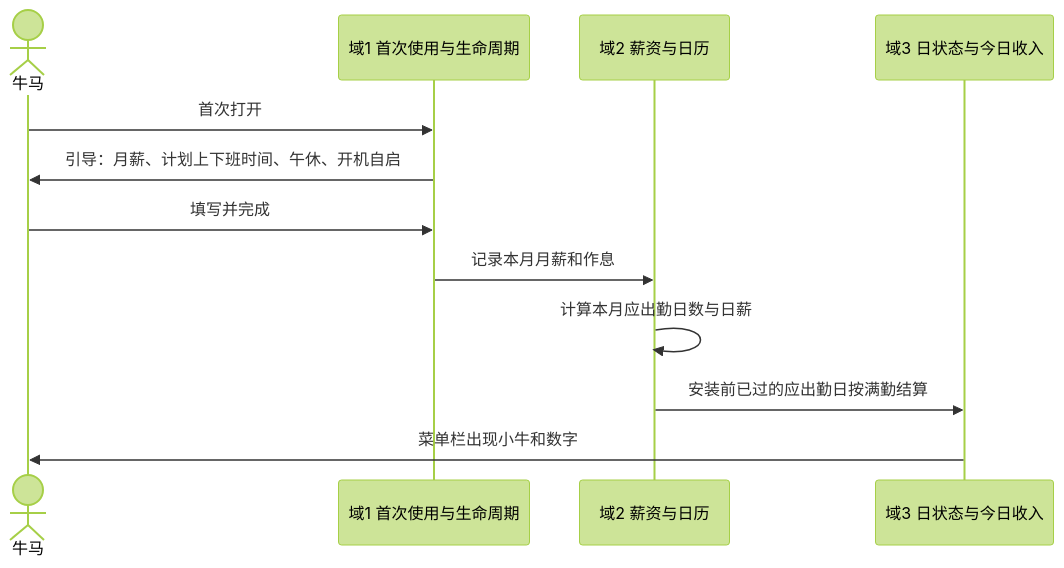
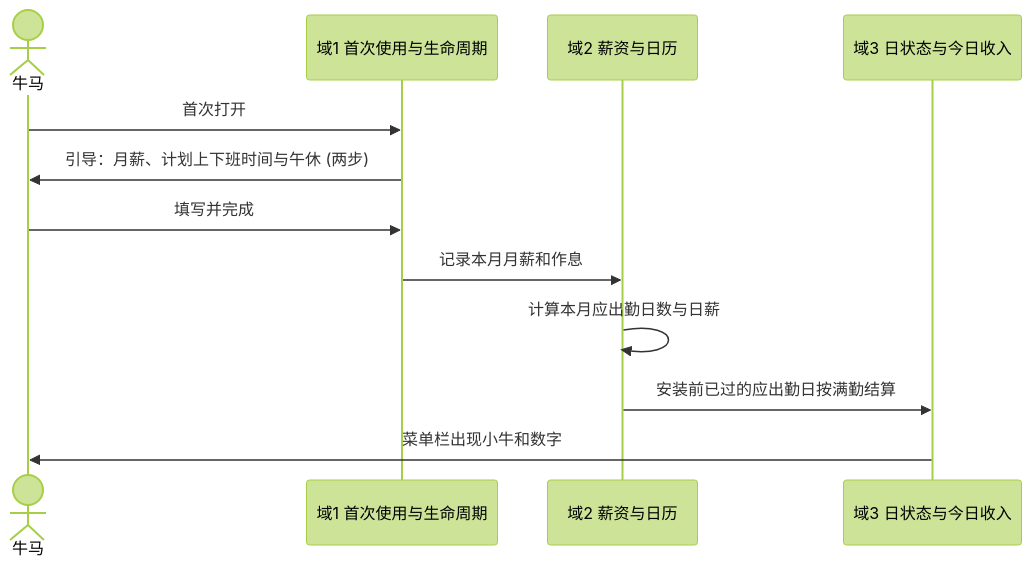
Before and after one commit to zhew1585/wage-tick: the first of 5 diagrams in docs/prd.md, drawn with Mermaid (forest theme). The commit also changed other lines of this file and 1 other file, not shown here.

````diff
--- a/docs/prd.md
+++ b/docs/prd.md
@@ -164,14 +165,14 @@
 ```mermaid
 sequenceDiagram
     actor N as 牛马
     participant D1 as 域1 首次使用与生命周期
     participant D2 as 域2 薪资与日历
     participant D3 as 域3 日状态与今日收入
     N->>D1: 首次打开
-    D1->>N: 引导：月薪、计划上下班时间、午休、开机自启
+    D1->>N: 引导：月薪、计划上下班时间与午休 (两步)
     N->>D1: 填写并完成
     D1->>D2: 记录本月月薪和作息
     D2->>D2: 计算本月应出勤日数与日薪
     D2->>D3: 安装前已过的应出勤日按满勤结算
     D3->>N: 菜单栏出现小牛和数字
 ```
````
